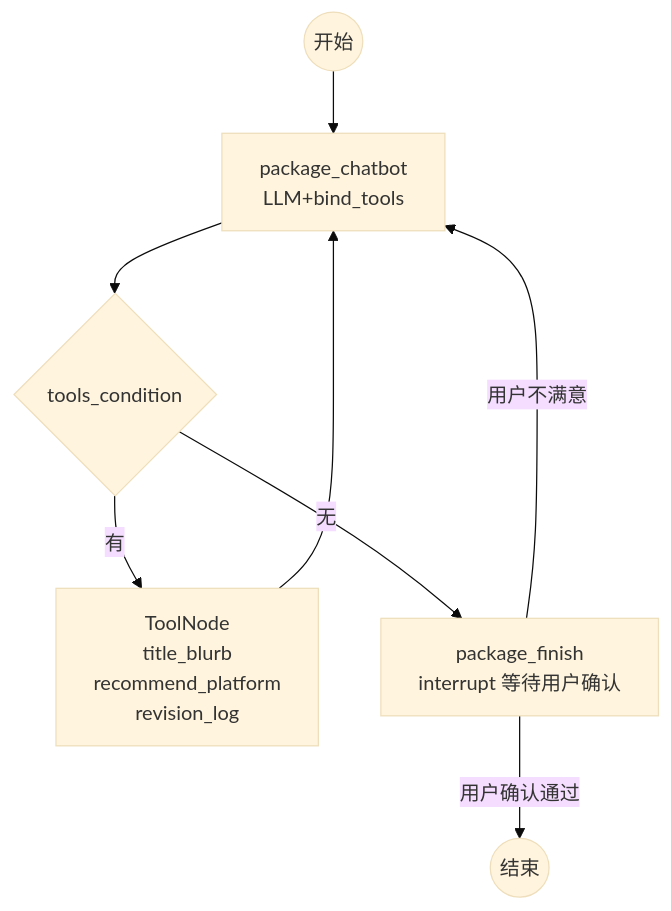
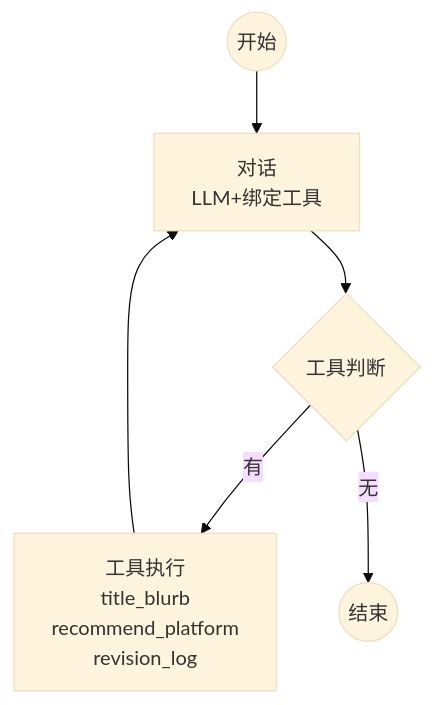
Before and after one commit to 30998772/novelist: the diagram in langgraph-writer/docs/subgraph_包装.mmd, drawn with Mermaid (base theme). The commit also changed 20 other files, not shown here.

Commit message:
主子图设计

```diff
--- a/langgraph-writer/docs/subgraph_包装.mmd
+++ b/langgraph-writer/docs/subgraph_包装.mmd
@@ -1,8 +1,6 @@
 graph TB
-    START((开始)) --> CHATBOT["package_chatbot<br/>LLM+bind_tools"]
-    CHATBOT --> TC{"tools_condition"}
-    TC -- "有" --> TOOLS["ToolNode<br/>title_blurb<br/>recommend_platform<br/>revision_log"]
-    TC -- "无" --> FINISH["package_finish<br/>interrupt 等待用户确认"]
-    TOOLS --> CHATBOT
-    FINISH -- "用户确认通过" --> END((结束))
-    FINISH -- "用户不满意" --> CHATBOT
+    开始((开始)) --> 对话["对话<br/>LLM+绑定工具"]
+    对话 --> 工具判断{"工具判断"}
+    工具判断 -- "有" --> 工具["工具执行<br/>title_blurb<br/>recommend_platform<br/>revision_log"]
+    工具判断 -- "无" --> 结束((结束))
+    工具 --> 对话
```
